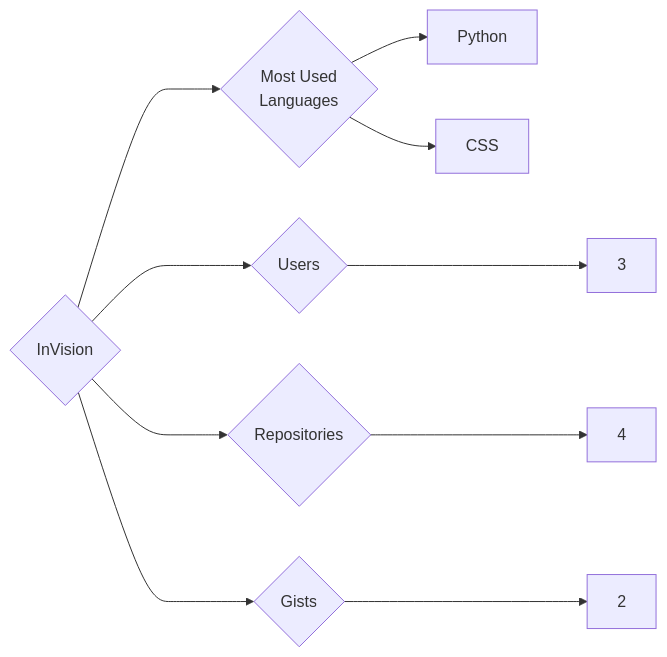
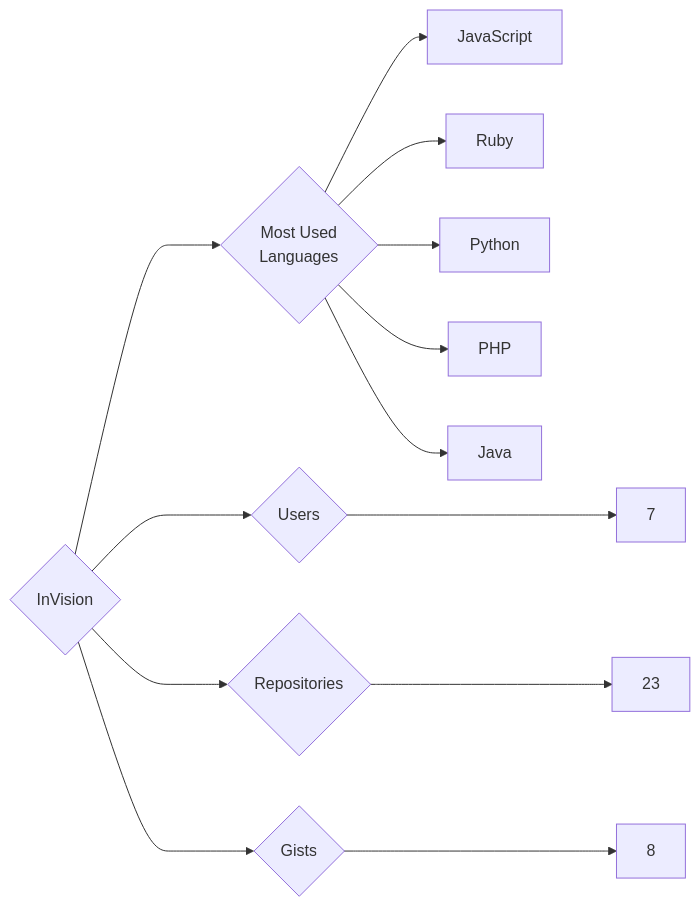
One commit to trickest/insiders changed the diagram in targets/InVision/README.md. Above: the diagram before and after it, drawn with Mermaid. The commit also changed 1175 other files, not shown here.

````diff
--- a/targets/InVision/README.md
+++ b/targets/InVision/README.md
@@ -3,10 +3,13 @@
 ```mermaid
 graph LR
 COMPANY_NAME{InVision}
-COMPANY_NAME ---> U{Users} ---> UN[3]
-COMPANY_NAME ---> R{Repositories} ---> RN[4]
-COMPANY_NAME ---> G{Gists} ---> GN[2]
+COMPANY_NAME ---> U{Users} ---> UN[7]
+COMPANY_NAME ---> R{Repositories} ---> RN[23]
+COMPANY_NAME ---> G{Gists} ---> GN[8]
 COMPANY_NAME ---> ML{Most Used<br>Languages}
+ML --> JavaScript[JavaScript]
+ML --> Ruby[Ruby]
 ML --> Python[Python]
-ML --> CSS[CSS]
+ML --> PHP[PHP]
+ML --> Java[Java]
 ```
````
